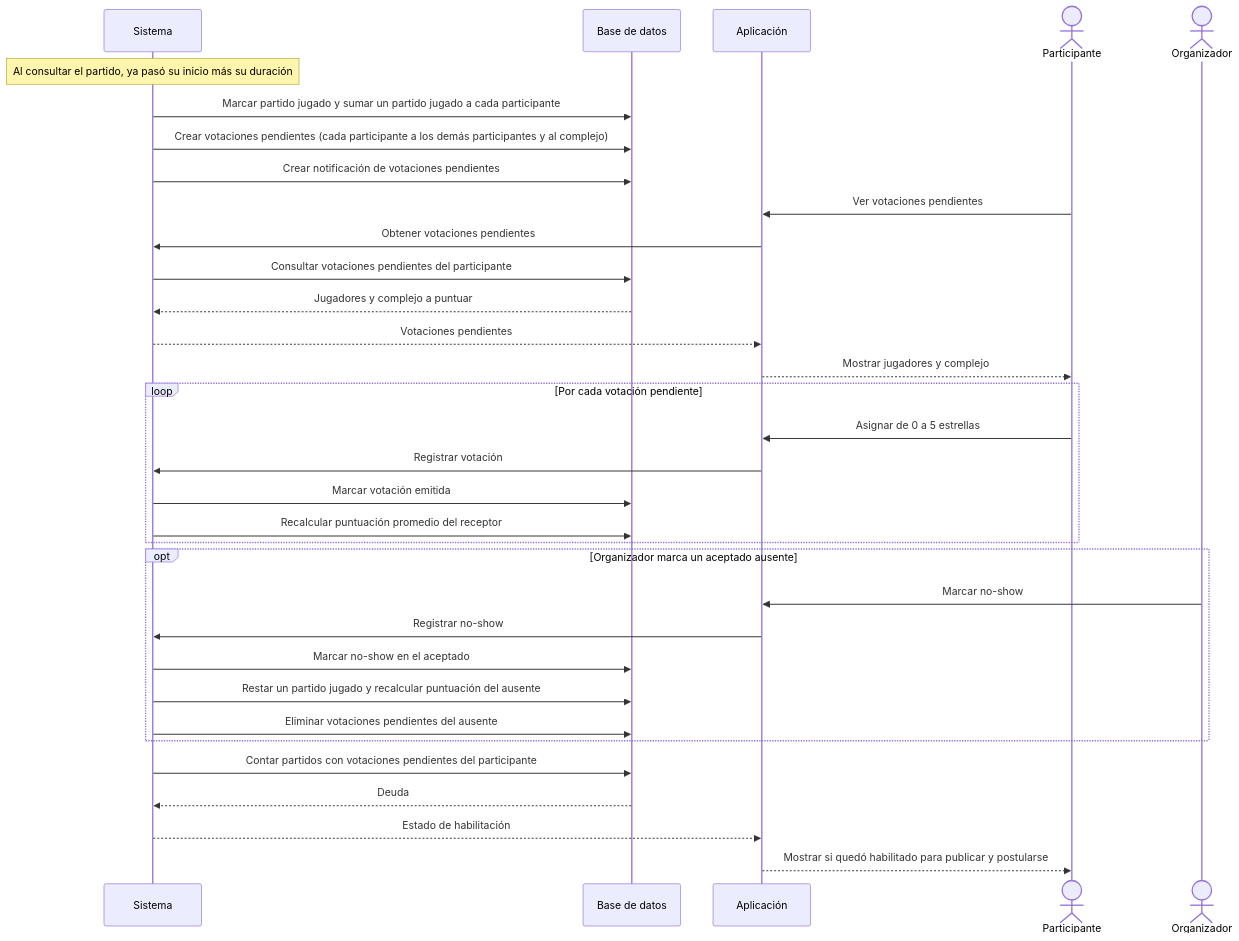
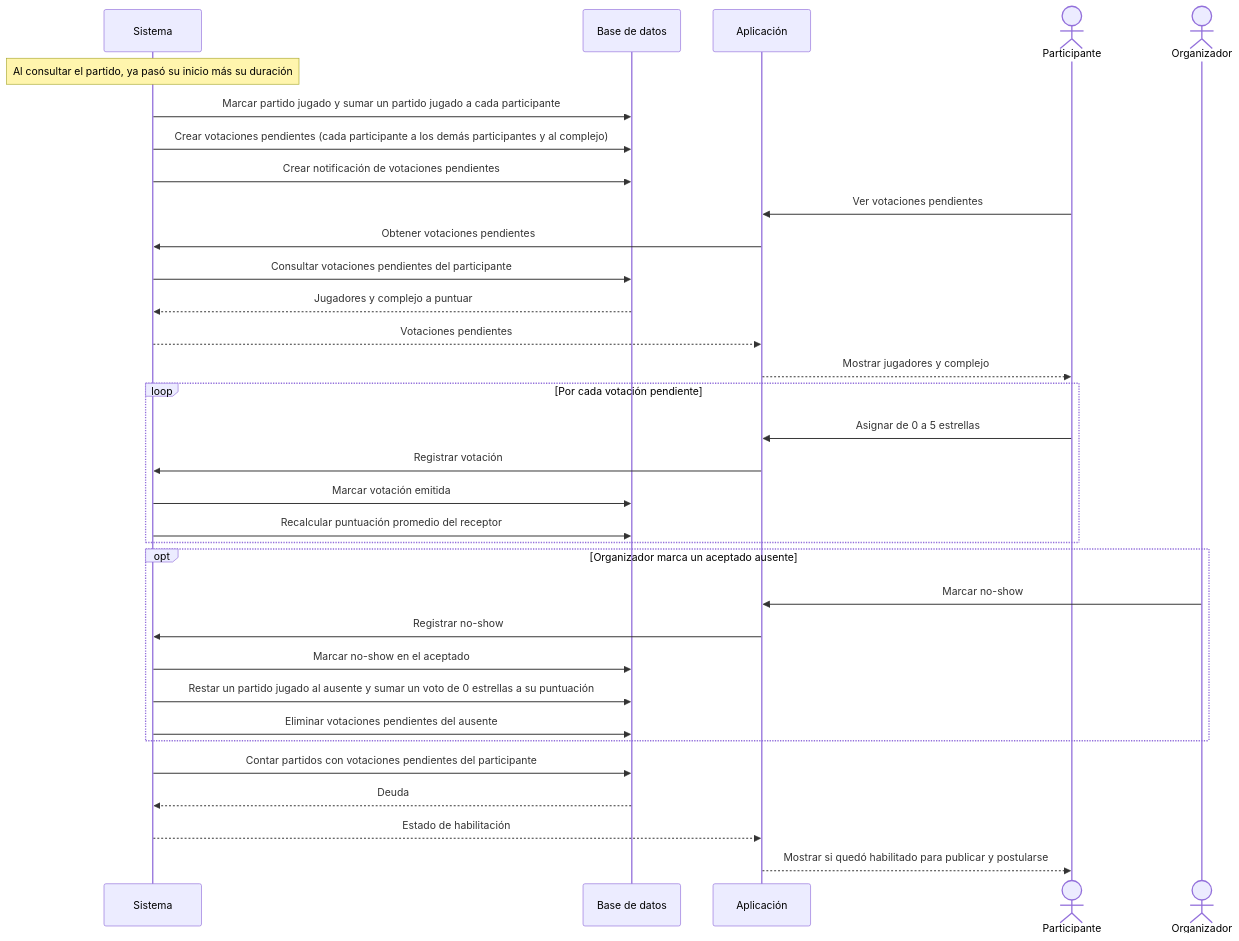
One commit to nvranco/fulvo changed the diagram in docs/diagramas/05-votacion-post-partido.md. Above: the diagram before and after it, drawn with Mermaid. The commit also changed other lines of this file and 5 other files, not shown here.

First line of the commit message:
docs: alineo los diagramas de secuencia con el modelo

````diff
--- a/docs/diagramas/05-votacion-post-partido.md
+++ b/docs/diagramas/05-votacion-post-partido.md
@@ -5,41 +3,41 @@
 ```mermaid
 sequenceDiagram
     participant S as Sistema
     participant BD as Base de datos
     participant A as Aplicación
     actor P as Participante
     actor O as Organizador
 
     Note over S: Al consultar el partido, ya pasó su inicio más su duración
     S->>BD: Marcar partido jugado y sumar un partido jugado a cada participante
     S->>BD: Crear votaciones pendientes (cada participante a los demás participantes y al complejo)
     S->>BD: Crear notificación de votaciones pendientes
 
     P->>A: Ver votaciones pendientes
     A->>S: Obtener votaciones pendientes
     S->>BD: Consultar votaciones pendientes del participante
     BD-->>S: Jugadores y complejo a puntuar
     S-->>A: Votaciones pendientes
     A-->>P: Mostrar jugadores y complejo
 
     loop Por cada votación pendiente
         P->>A: Asignar de 0 a 5 estrellas
         A->>S: Registrar votación
         S->>BD: Marcar votación emitida
         S->>BD: Recalcular puntuación promedio del receptor
     end
 
     opt Organizador marca un aceptado ausente
         O->>A: Marcar no-show
         A->>S: Registrar no-show
         S->>BD: Marcar no-show en el aceptado
-        S->>BD: Restar un partido jugado y recalcular puntuación del ausente
+        S->>BD: Restar un partido jugado al ausente y sumar un voto de 0 estrellas a su puntuación
         S->>BD: Eliminar votaciones pendientes del ausente
     end
 
     S->>BD: Contar partidos con votaciones pendientes del participante
     BD-->>S: Deuda
     S-->>A: Estado de habilitación
     A-->>P: Mostrar si quedó habilitado para publicar y postularse
 
 ```
````
